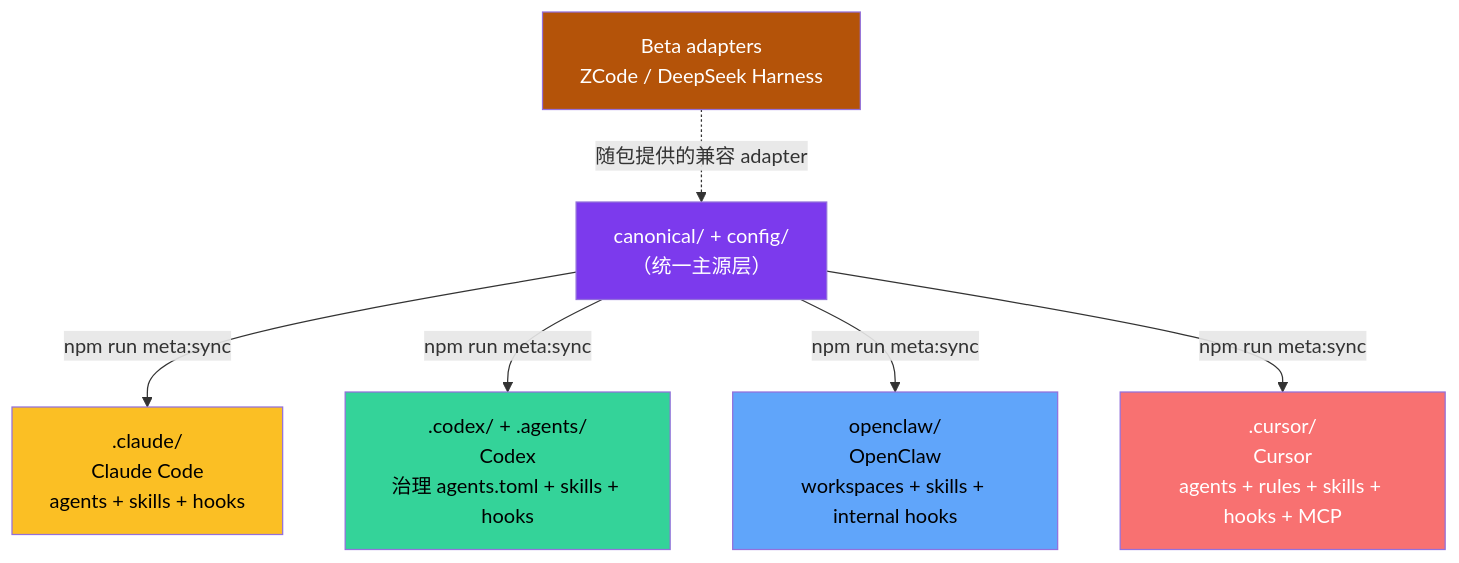
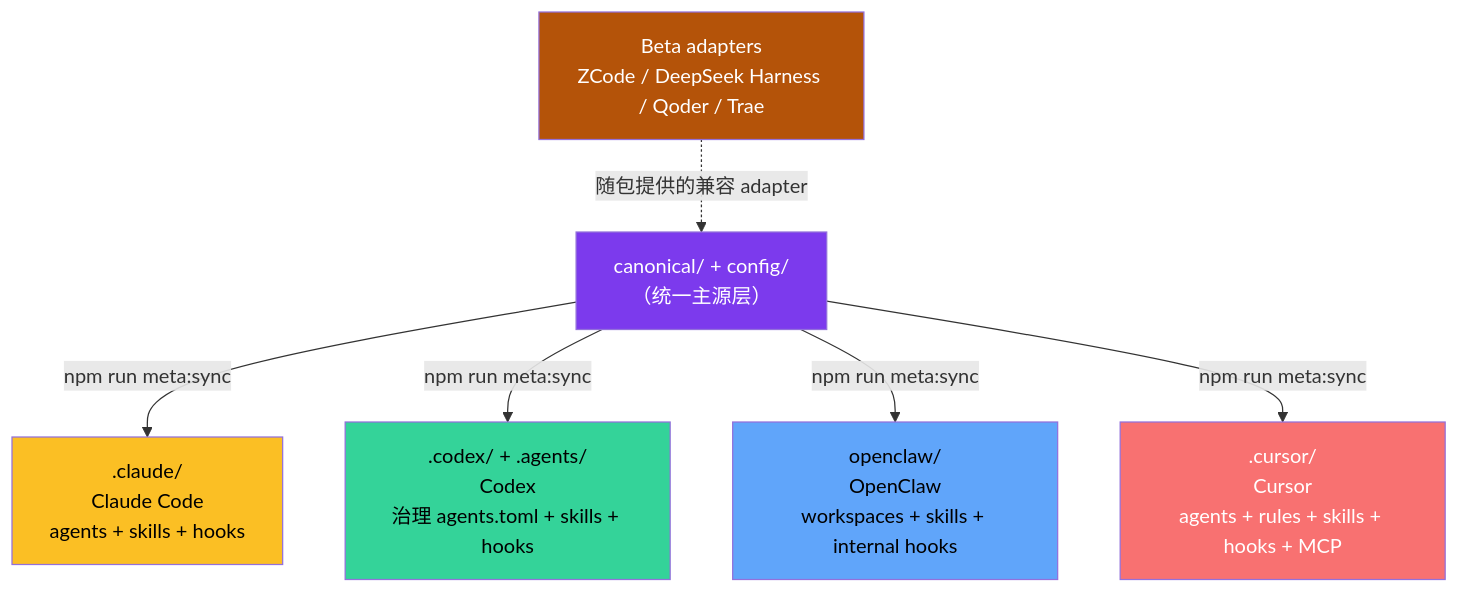
One commit to KimYx0207/Meta_Kim changed the eighth of 9 diagrams in README.zh-CN.md. Above: the diagram before and after it, drawn with Mermaid. The commit also changed other lines of this file and 24 other files, not shown here.

Commit message:
feat: add Qoder and Trae beta adapters

````diff
--- a/README.zh-CN.md
+++ b/README.zh-CN.md
@@ -615,18 +619,18 @@
 ```mermaid
 flowchart TB
     CANONICAL["canonical/ + config/<br/>（统一主源层）"]
 
     CANONICAL --> |npm run meta:sync| CLAUDE[".claude/<br/>Claude Code<br/>agents + skills + hooks"]
     CANONICAL --> |npm run meta:sync| CODEX[".codex/ + .agents/<br/>Codex<br/>治理 agents.toml + skills + hooks"]
     CANONICAL --> |npm run meta:sync| OPENCLAW["openclaw/<br/>OpenClaw<br/>workspaces + skills + internal hooks"]
     CANONICAL --> |npm run meta:sync| CURSOR[".cursor/<br/>Cursor<br/>agents + rules + skills + hooks + MCP"]
 
-    BETA["Beta adapters<br/>ZCode / DeepSeek Harness"] -.-> |随包提供的兼容 adapter| CANONICAL
+    BETA["Beta adapters<br/>ZCode / DeepSeek Harness / Qoder / Trae"] -.-> |随包提供的兼容 adapter| CANONICAL
 
     style CANONICAL fill:#7c3aed,color:#fff
     style CLAUDE fill:#fbbf24,color:#000
     style CODEX fill:#34d399,color:#000
     style OPENCLAW fill:#60a5fa,color:#000
     style CURSOR fill:#f87171,color:#fff
     style BETA fill:#b45309,color:#fff
 ```
````
